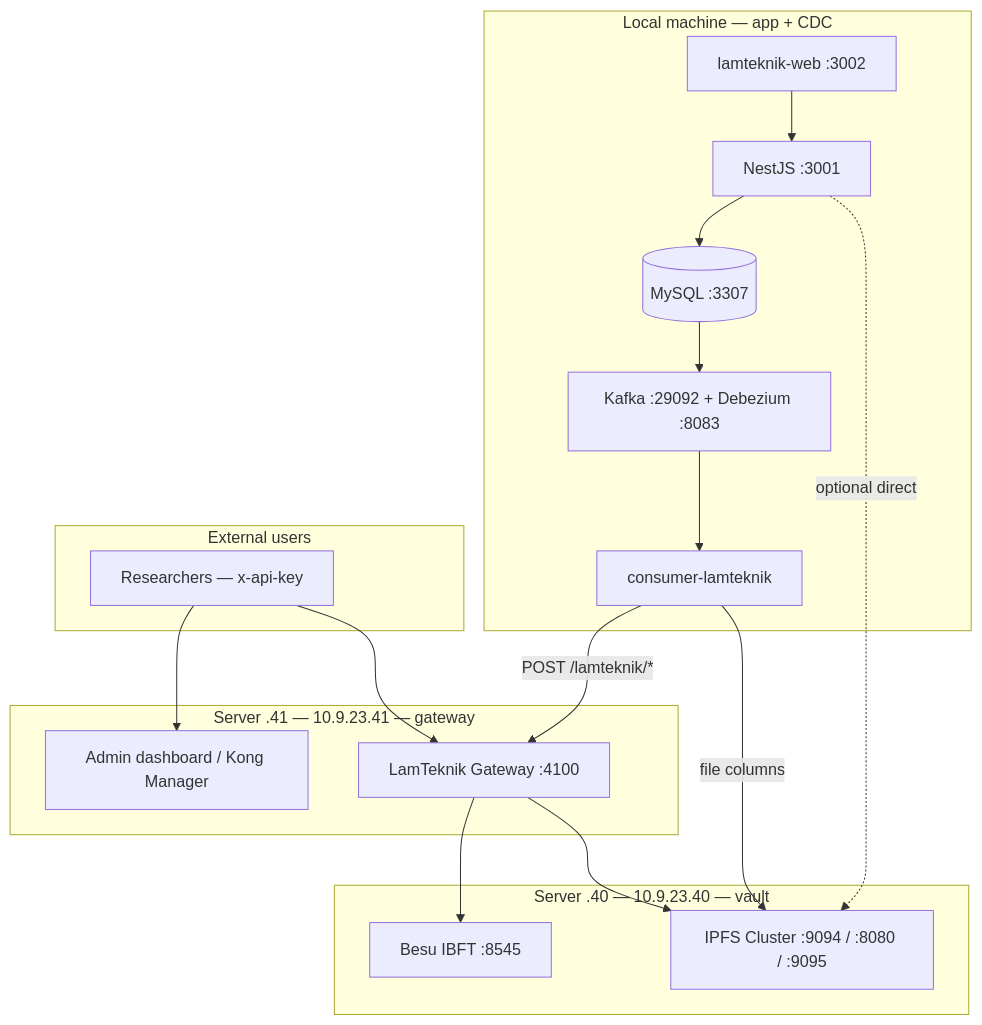
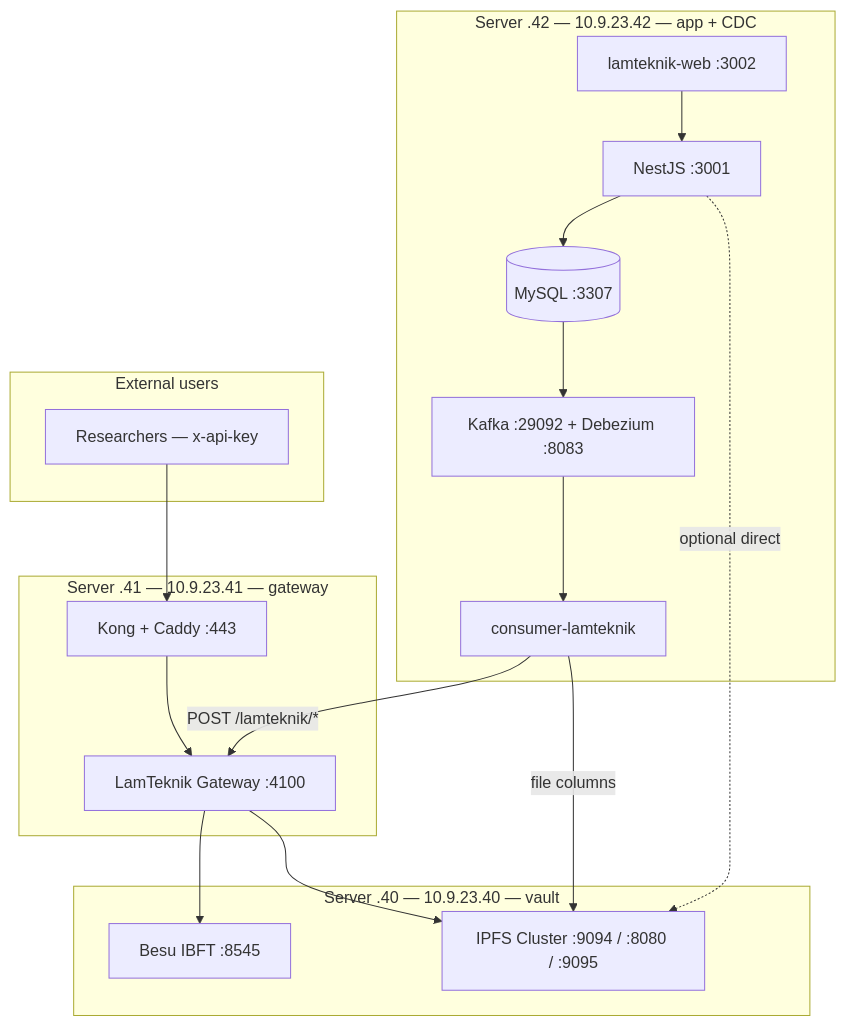
The diagram in context/infrastructure.md (DeITdev/lamteknik-blockchain), drawn with Mermaid before and after one commit. The commit also changed other lines of this file and 4 other files, not shown here.

````diff
--- a/context/infrastructure.md
+++ b/context/infrastructure.md
@@ -32,35 +34,35 @@
 ```mermaid
 flowchart TB
   subgraph vm40 ["Server .40 — 10.9.23.40 — vault"]
     Besu[Besu IBFT :8545]
     IPFS[IPFS Cluster :9094 / :8080 / :9095]
   end
 
   subgraph vm41 ["Server .41 — 10.9.23.41 — gateway"]
-    Admin[Admin dashboard / Kong Manager]
+    Kong[Kong + Caddy :443]
     GW[LamTeknik Gateway :4100]
+    Kong --> GW
   end
 
-  subgraph local ["Local machine — app + CDC"]
+  subgraph vm42 ["Server .42 — 10.9.23.42 — app + CDC"]
     MySQL[(MySQL :3307)]
     Kafka[Kafka :29092 + Debezium :8083]
     Consumer[consumer-lamteknik]
     Nest[NestJS :3001]
     Web[lamteknik-web :3002]
   end
 
   subgraph users [External users]
     Researcher[Researchers — x-api-key]
   end
 
-  Researcher --> Admin
-  Researcher --> GW
+  Researcher --> Kong
   Consumer -->|"POST /lamteknik/*"| GW
   Consumer -->|"file columns"| IPFS
   Nest --> MySQL
   MySQL --> Kafka --> Consumer
   GW --> Besu
   GW --> IPFS
   Nest -.->|"optional direct"| IPFS
   Web --> Nest
 ```
````
